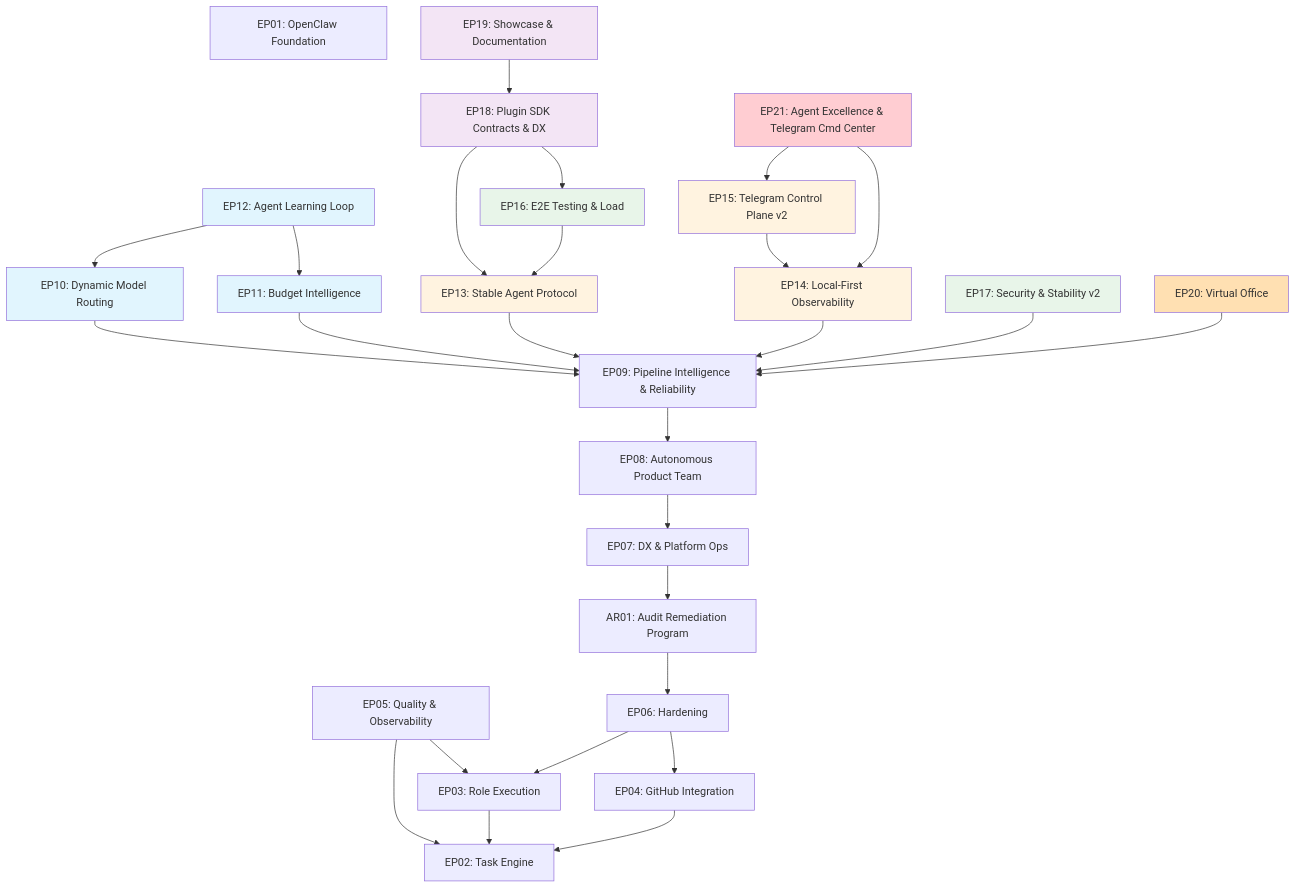
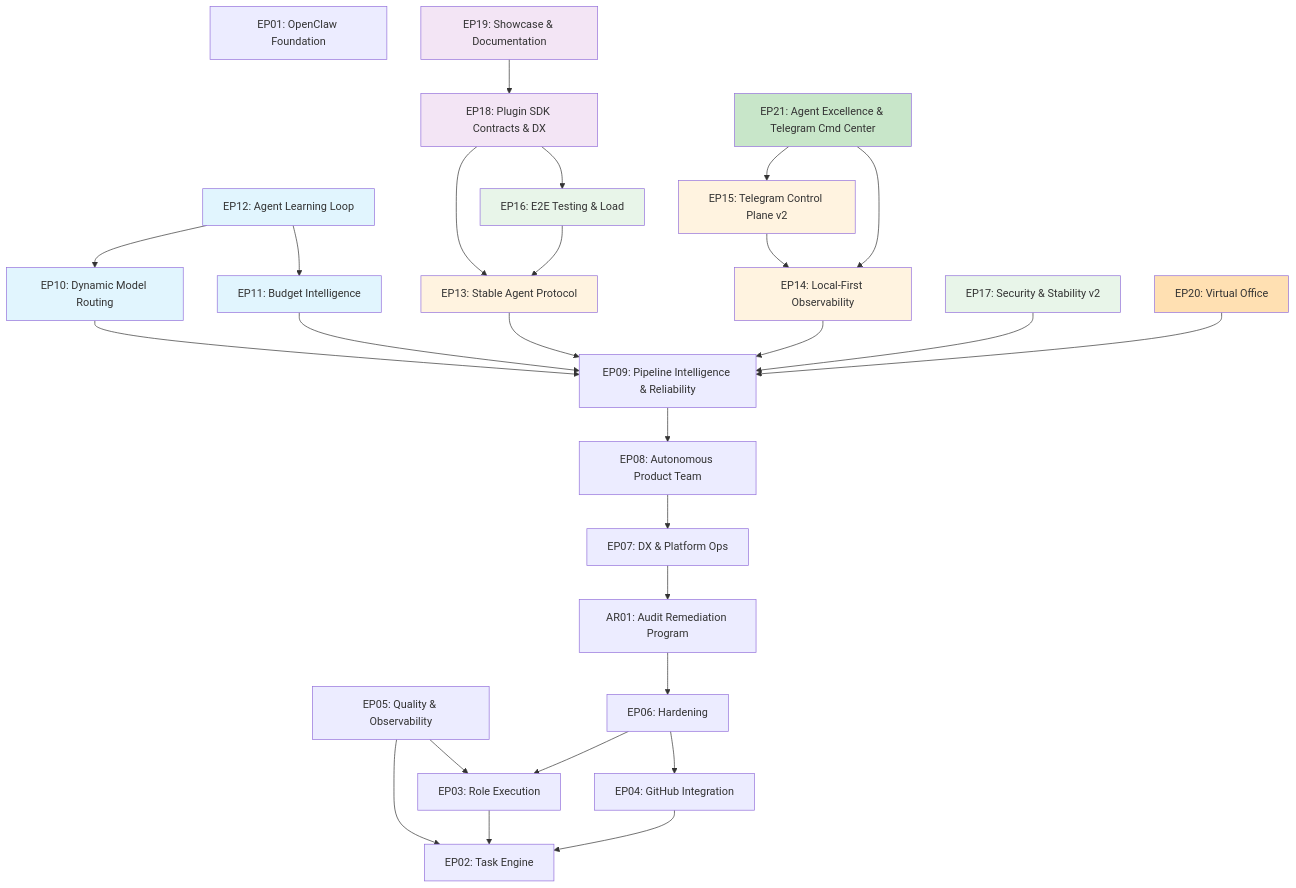
Before and after one commit to Monkey-D-Luisi/vibe-flow: the diagram in docs/roadmap.md, drawn with Mermaid. The commit also changed other lines of this file and 21 other files, not shown here.

First line of the commit message:
docs(quality-gate): add EP21 task specs, walkthroughs, update roadmap

````diff
--- a/docs/roadmap.md
+++ b/docs/roadmap.md
@@ -645,56 +645,56 @@
 ```mermaid
 graph TD
   EP01[EP01: OpenClaw Foundation]
   EP02[EP02: Task Engine]
   EP03[EP03: Role Execution] --> EP02
   EP04[EP04: GitHub Integration] --> EP02
   EP05[EP05: Quality & Observability] --> EP02
   EP05 --> EP03
   EP06[EP06: Hardening] --> EP03
   EP06 --> EP04
   AR01[AR01: Audit Remediation Program] --> EP06
   EP07[EP07: DX & Platform Ops] --> AR01
   EP08[EP08: Autonomous Product Team] --> EP07
   EP09[EP09: Pipeline Intelligence & Reliability] --> EP08
 
   %% Phase 10: Adaptive Intelligence
   EP10[EP10: Dynamic Model Routing] --> EP09
   EP11[EP11: Budget Intelligence] --> EP09
   EP12[EP12: Agent Learning Loop] --> EP10
   EP12 --> EP11
 
   %% Phase 11: Protocol & Communication
   EP13[EP13: Stable Agent Protocol] --> EP09
   EP14[EP14: Local-First Observability] --> EP09
   EP15[EP15: Telegram Control Plane v2] --> EP14
 
   %% Phase 12: Quality at Scale
   EP16[EP16: E2E Testing & Load] --> EP13
   EP17[EP17: Security & Stability v2] --> EP09
 
   %% Phase 13: Reference & Community
   EP18[EP18: Plugin SDK Contracts & DX] --> EP13
   EP18 --> EP16
   EP19[EP19: Showcase & Documentation] --> EP18
 
   %% Phase 14: Virtual Office
   EP20[EP20: Virtual Office] --> EP09
 
   %% Phase 15: Agent Excellence & Telegram Command Center
   EP21[EP21: Agent Excellence & Telegram Cmd Center] --> EP15
   EP21 --> EP14
 
   %% Styling
   style EP10 fill:#e1f5fe
   style EP11 fill:#e1f5fe
   style EP12 fill:#e1f5fe
   style EP13 fill:#fff3e0
   style EP14 fill:#fff3e0
   style EP15 fill:#fff3e0
   style EP16 fill:#e8f5e9
   style EP17 fill:#e8f5e9
   style EP18 fill:#f3e5f5
   style EP19 fill:#f3e5f5
   style EP20 fill:#ffe0b2
-  style EP21 fill:#ffcdd2
+  style EP21 fill:#c8e6c9
 ```
````
